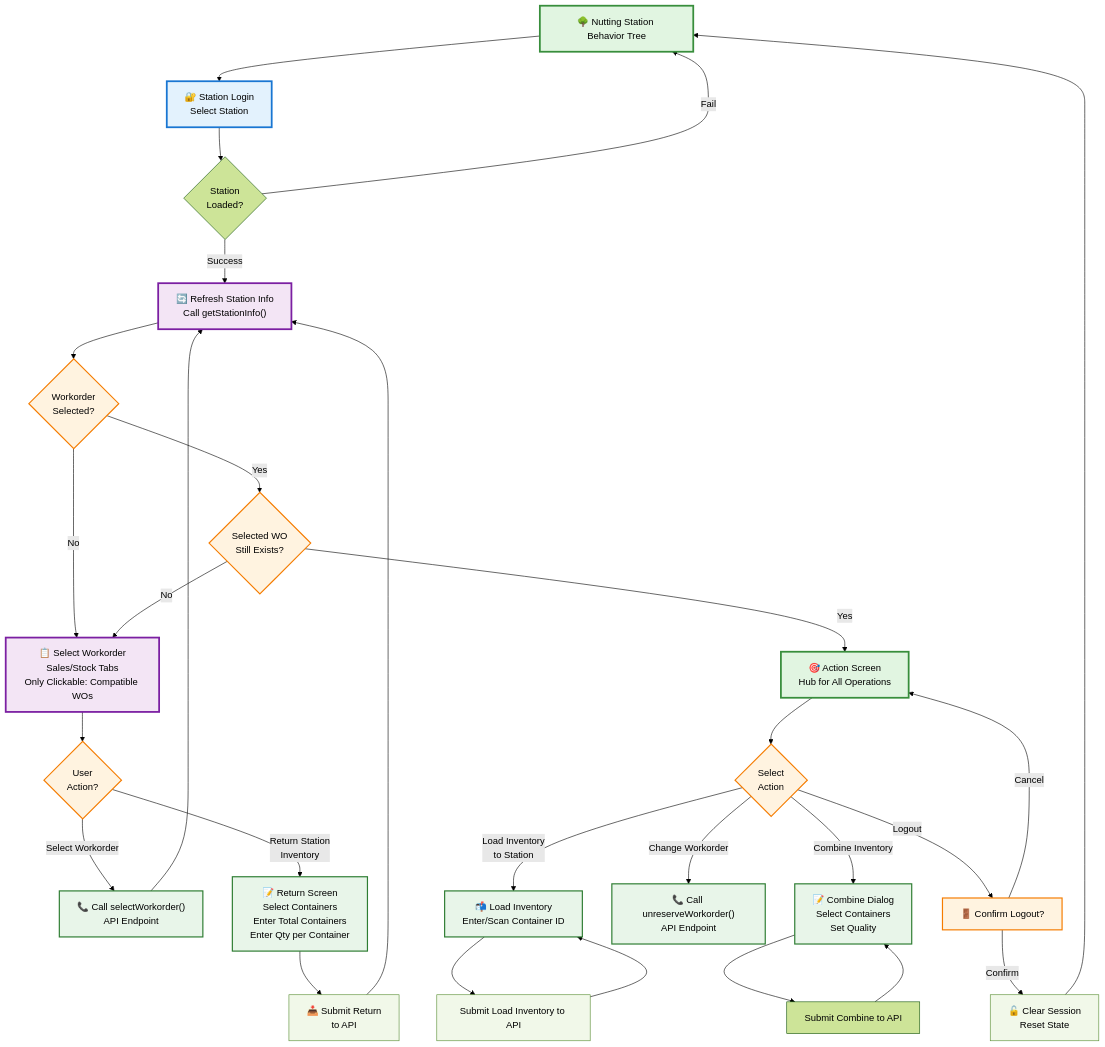
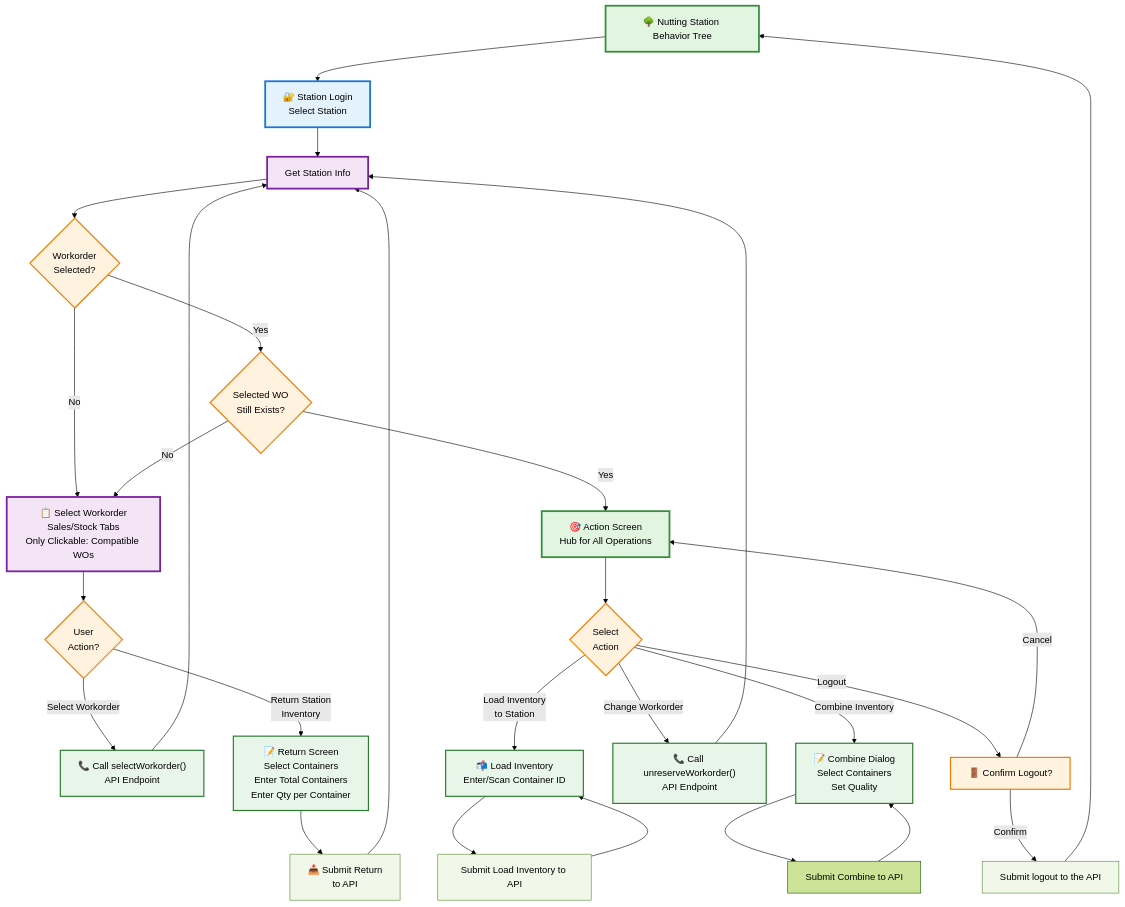
The diagram in diagrams/nutting-station-behavior-tree.mmd (ben-mad-jlp/claude-mermaid-collab), drawn with Mermaid (forest theme) before and after one commit. The commit also changed 1 other file, not shown here.

```diff
--- a/diagrams/nutting-station-behavior-tree.mmd
+++ b/diagrams/nutting-station-behavior-tree.mmd
@@ -1,81 +1,80 @@
 graph TD
     Root["🌳 Nutting Station Behavior Tree"]
 
     %% Station Login Phase
     Root --> StationLogin["🔐 Station Login<br/>Select Station"]
-    StationLogin --> LoginSuccess{Station<br/>Loaded?}
 
-    LoginSuccess -->|Fail| Root
 
-    LoginSuccess -->|Success| Refresh["🔄 Refresh Station Info<br/>Call getStationInfo()"]
     Refresh --> CheckWOSelected{Workorder<br/>Selected?}
 
     %% Workorder Selection Phase
     CheckWOSelected -->|No| SelectWO["📋 Select Workorder<br/>Sales/Stock Tabs<br/>Only Clickable: Compatible WOs"]
     CheckWOSelected -->|Yes| CheckWOExists{Selected WO<br/>Still Exists?}
 
     CheckWOExists -->|No| SelectWO
 
     SelectWO --> WOAction{User<br/>Action?}
 
     WOAction -->|Select Workorder| CallSelectWO["📞 Call selectWorkorder()<br/>API Endpoint"]
 
 
     WOAction -->|Return Station<br/>Inventory| ReturnFromWOList["📝 Return Screen<br/>Select Containers<br/>Enter Total Containers<br/>Enter Qty per Container"]
     ReturnFromWOList --> ReturnSubmit["📥 Submit Return<br/>to API"]
 
     ActionScreen["🎯 Action Screen<br/>Hub for All Operations"]
     CheckWOExists -->|Yes| ActionScreen
 
     %% Main Action Screen with Operation Branches
     ActionScreen --> Action{Select<br/>Action}
 
     %% Load Inventory to Station Action
     Action -->|Load Inventory<br/>to Station| LoadInventory["📬 Load Inventory<br/>Enter/Scan Container ID"]
     AddToInventory[Submit Load Inventory to API] --> LoadInventory
 
     %% Combine Inventory Action
     Action -->|Combine Inventory| CombineDialog["📝 Combine Dialog<br/>Select Containers<br/>Set Quality"]
 
     %% Return Inventory Action (from Action Screen)
 
     %% Change Workorder Action
     Action -->|Change Workorder| CallUnreserve["📞 Call unreserveWorkorder()<br/>API Endpoint"]
 
     %% Logout Action
     Action -->|Logout| LogoutConfirm["🚪 Confirm Logout?"]
     LogoutConfirm -->|Cancel| ActionScreen
     LogoutConfirm -->|Confirm| ExecuteLogout["🔓 Clear Session<br/>Reset State"]
-    ExecuteLogout --> Root
+    ExecuteLogout[Submit logout to the API] --> Root
 
     %% Styling
     style Root fill:#e1f5e1,stroke:#388e3c,stroke-width:3px
     style StationLogin fill:#e3f2fd,stroke:#1976d2,stroke-width:3px
     style Refresh fill:#f3e5f5,stroke:#7b1fa2,stroke-width:3px
     style CheckWOSelected fill:#fff3e0,stroke:#f57c00,stroke-width:2px
     style CheckWOExists fill:#fff3e0,stroke:#f57c00,stroke-width:2px
     style SelectWO fill:#f3e5f5,stroke:#7b1fa2,stroke-width:3px
     style WOAction fill:#fff3e0,stroke:#f57c00,stroke-width:2px
     style CallSelectWO fill:#e8f5e9,stroke:#2e7d32,stroke-width:2px
     style ActionScreen fill:#e1f5e1,stroke:#388e3c,stroke-width:3px
     style Action fill:#fff3e0,stroke:#f57c00,stroke-width:2px
 
     style LoadInventory fill:#e8f5e9,stroke:#2e7d32,stroke-width:2px
     style AddToInventory fill:#f1f8e9,stroke:#558b2f
 
     style CombineDialog fill:#e8f5e9,stroke:#2e7d32,stroke-width:2px
 
     style ReturnFromWOList fill:#e8f5e9,stroke:#2e7d32,stroke-width:2px
     style ReturnSubmit fill:#f1f8e9,stroke:#558b2f
 
 
     style CallUnreserve fill:#e8f5e9,stroke:#2e7d32,stroke-width:2px
 
     style LogoutConfirm fill:#fff3e0,stroke:#f57c00,stroke-width:2px
     style ExecuteLogout fill:#f1f8e9,stroke:#558b2f
     LoadInventory --> AddToInventory
     CombineDialog --> SubmitCombine
     SubmitCombine["Submit Combine to API"]
     SubmitCombine --> CombineDialog
     ReturnSubmit --> Refresh
     CallSelectWO --> Refresh
+    StationLogin --> Refresh["Get Station Info"]
+    CallUnreserve --> Refresh
```
